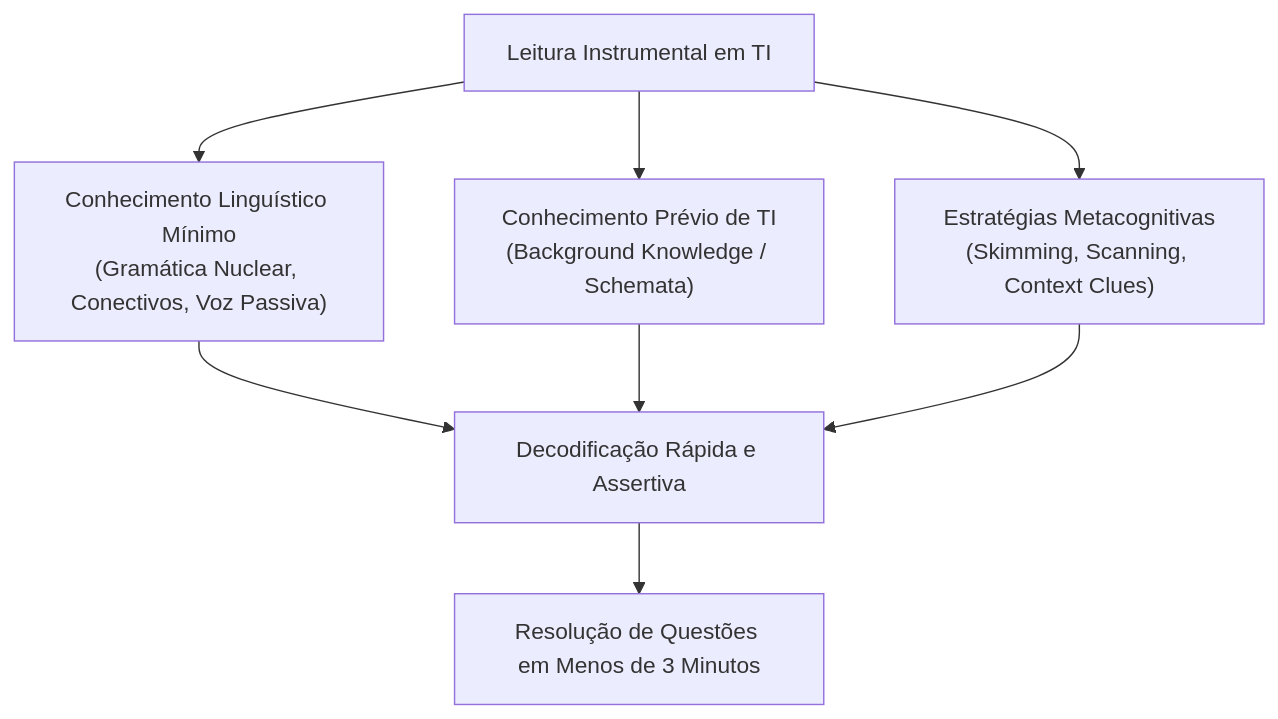
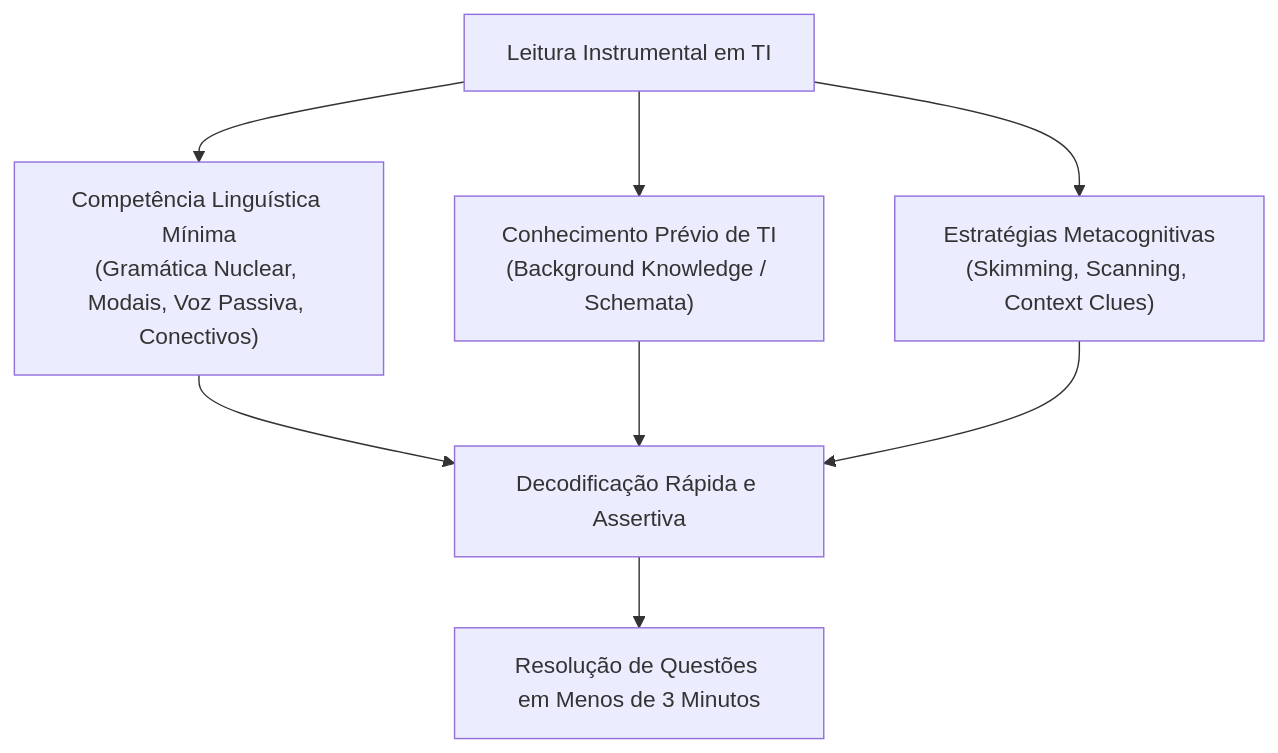
The first of 3 diagrams in fontes_de_estudo/conhecimentos_especificos_b02_ti/14_lingua_inglesa_leitura_tecnica/01_estrategias_de_leitura_skimming_scanning_e_inferencia.md (thiagosantos346/TCE-GO-2027), drawn with Mermaid before and after one commit. The commit also changed other lines of this file and 119 other files, not shown here.

````diff
--- a/fontes_de_estudo/conhecimentos_especificos_b02_ti/14_lingua_inglesa_leitura_tecnica/01_estrategias_de_leitura_skimming_scanning_e_inferencia.md
+++ b/fontes_de_estudo/conhecimentos_especificos_b02_ti/14_lingua_inglesa_leitura_tecnica/01_estrategias_de_leitura_skimming_scanning_e_inferencia.md
@@ -72,11 +59,11 @@
 ```mermaid
 flowchart TD
-    A["Leitura Instrumental em TI"] --> B["Conhecimento Linguístico Mínimo<br/>(Gramática Nuclear, Conectivos, Voz Passiva)"]
+    A["Leitura Instrumental em TI"] --> B["Competência Linguística Mínima<br/>(Gramática Nuclear, Modais, Voz Passiva, Conectivos)"]
     A --> C["Conhecimento Prévio de TI<br/>(Background Knowledge / Schemata)"]
     A --> D["Estratégias Metacognitivas<br/>(Skimming, Scanning, Context Clues)"]
     
     B --> E["Decodificação Rápida e Assertiva"]
     C --> E
     D --> E
     E --> F["Resolução de Questões em Menos de 3 Minutos"]
 ```
````
